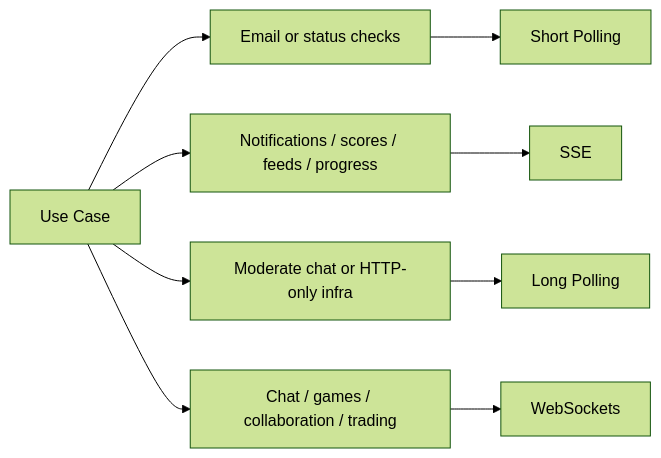
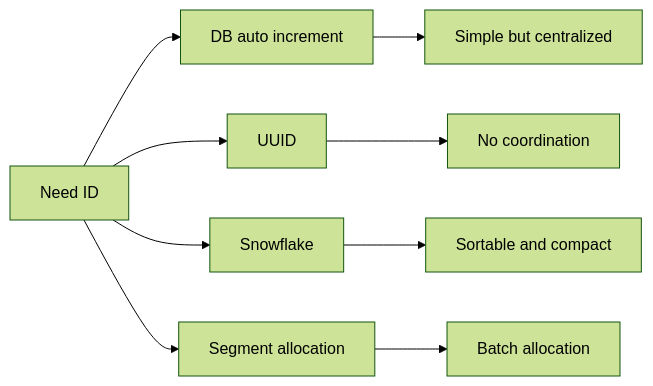
The tenth of 16 diagrams in HLD_NOTES/002_TYPES_OF_INTERVIEWS/001_Real_time_updates.md (mthaiseer/springcloud-systemdesign-notes), drawn with Mermaid (forest theme) before and after one commit. The commit also changed other lines of this file and 1 other file, not shown here.

````diff
--- a/HLD_NOTES/002_TYPES_OF_INTERVIEWS/001_Real_time_updates.md
+++ b/HLD_NOTES/002_TYPES_OF_INTERVIEWS/001_Real_time_updates.md
@@ -522,14 +717,11 @@
 ```mermaid
 flowchart LR
-    A[Use Case] --> B[Email or status checks]
-    B --> C[Short Polling]
-
-    A --> D[Notifications / scores / feeds / progress]
-    D --> E[SSE]
-
-    A --> F[Moderate chat or HTTP-only infra]
-    F --> G[Long Polling]
-
-    A --> H[Chat / games / collaboration / trading]
-    H --> I[WebSockets]
+  A["Need ID"] --> B["DB auto increment"]
+  A --> C["UUID"]
+  A --> D["Snowflake"]
+  A --> E["Segment allocation"]
+  B --> F["Simple but centralized"]
+  C --> G["No coordination"]
+  D --> H["Sortable and compact"]
+  E --> I["Batch allocation"]
 ```
````
